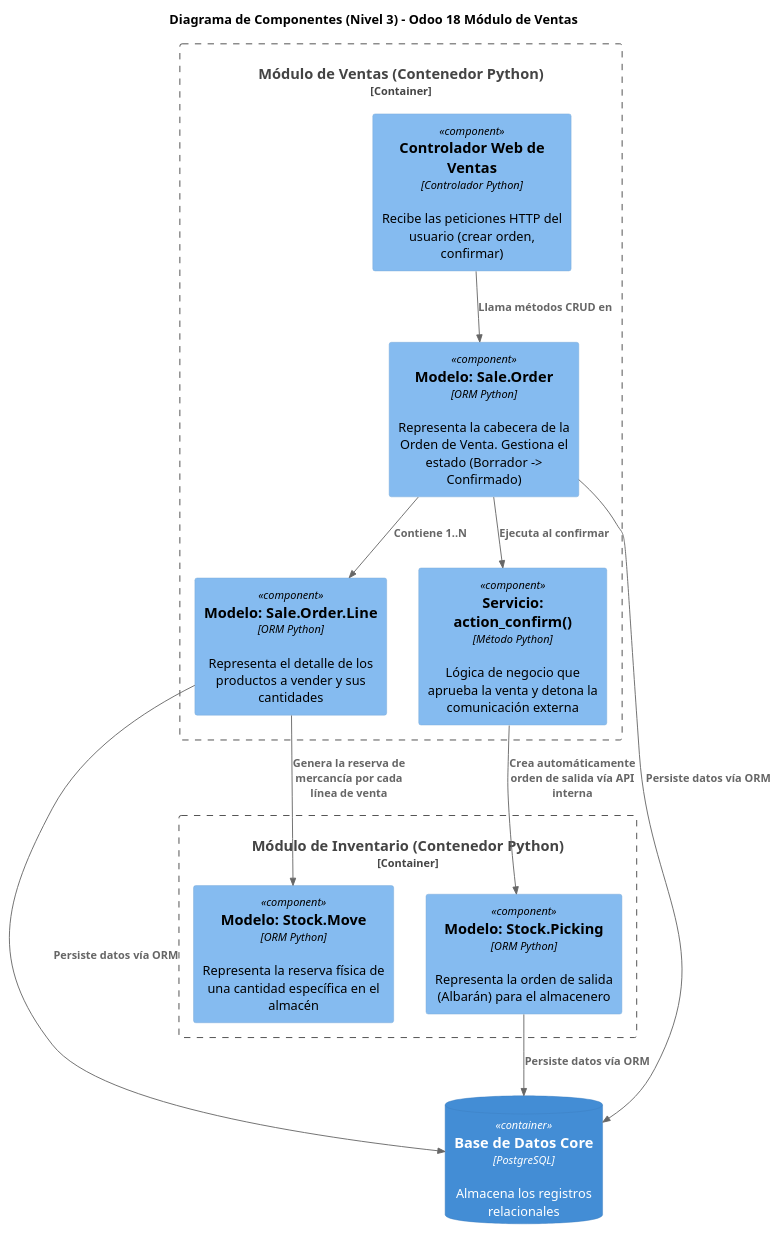
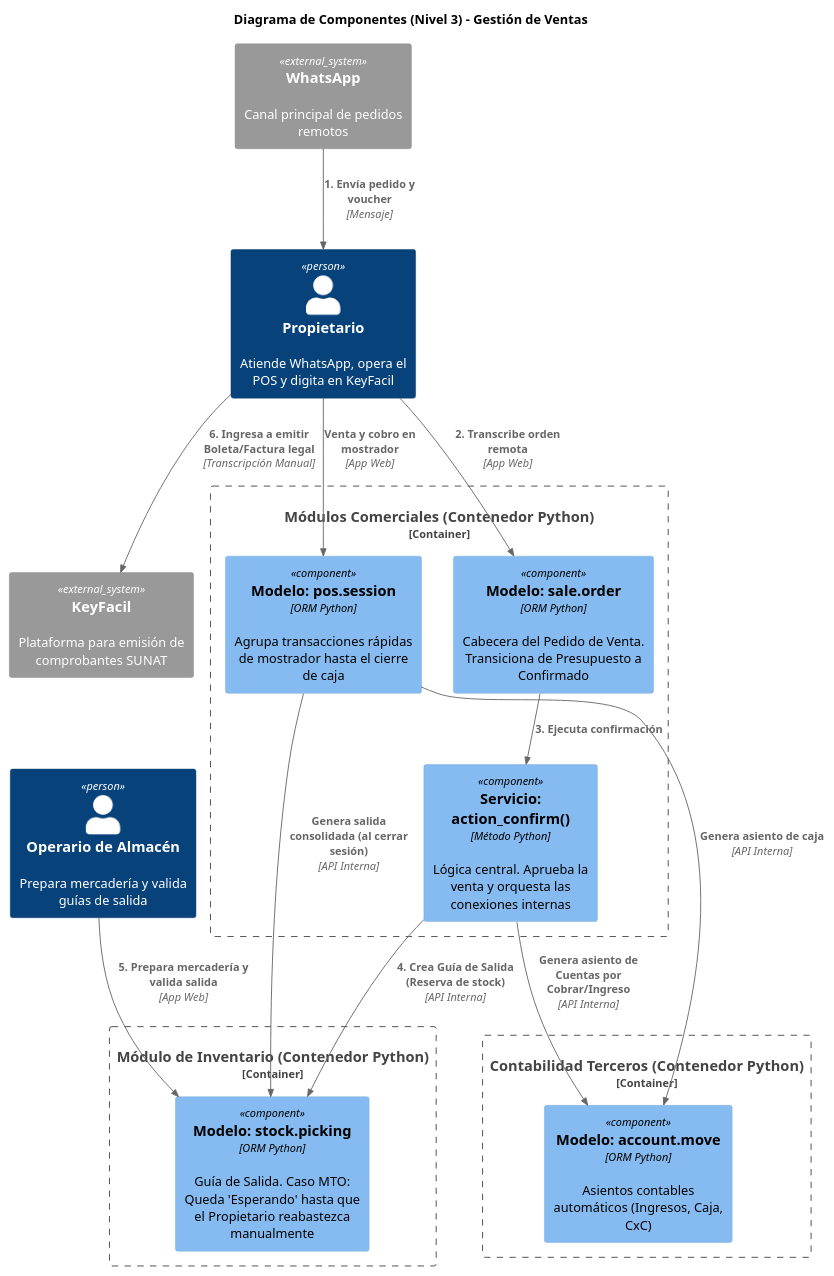
The diagram in arquitectura/diagramas/archivos-puml/modulos/ventas.puml (dieg0-29/migal-erp), drawn with PlantUML before and after one commit. The commit also changed 1 other file, not shown here.

Commit message:
docs(sales module): align sales diagram to process flow

```diff
--- a/arquitectura/diagramas/archivos-puml/modulos/ventas.puml
+++ b/arquitectura/diagramas/archivos-puml/modulos/ventas.puml
@@ -1,37 +1,48 @@
 @startuml
 !include https://raw.githubusercontent.com/plantuml-stdlib/C4-PlantUML/master/C4_Component.puml
 
-title Diagrama de Componentes (Nivel 3) - Odoo 18 Módulo de Ventas
+title Diagrama de Componentes (Nivel 3) - Gestión de Ventas
 
-Container_Boundary(sales_app, "Módulo de Ventas (Contenedor Python)") {
-    
-    Component(sale_controller, "Controlador Web de Ventas", "Controlador Python", "Recibe las peticiones HTTP del usuario (crear orden, confirmar)")
-    
-    Component(sale_order, "Modelo: Sale.Order", "ORM Python", "Representa la cabecera de la Orden de Venta. Gestiona el estado (Borrador -> Confirmado)")
-    
-    Component(sale_order_line, "Modelo: Sale.Order.Line", "ORM Python", "Representa el detalle de los productos a vender y sus cantidades")
-    
-    Component(action_confirm, "Servicio: action_confirm()", "Método Python", "Lógica de negocio que aprueba la venta y detona la comunicación externa")
-    
-    Rel(sale_controller, sale_order, "Llama métodos CRUD en")
-    Rel(sale_order, sale_order_line, "Contiene 1..N")
-    Rel(sale_order, action_confirm, "Ejecuta al confirmar")
+' Actores ajustados a la realidad de MIGAL
+Person(prop, "Propietario", "Atiende WhatsApp, opera el POS y digita en KeyFacil")
+Person(alm, "Operario de Almacén", "Prepara mercadería y valida guías de salida")
+
+' Sistemas Externos (Fuera del ecosistema Odoo)
+System_Ext(whatsapp, "WhatsApp", "Canal principal de pedidos remotos")
+System_Ext(keyfacil, "KeyFacil", "Plataforma para emisión de comprobantes SUNAT")
+
+' Contenedores Comerciales
+Container_Boundary(sales_app, "Módulos Comerciales (Contenedor Python)") {
+    Component(sale_order, "Modelo: sale.order", "ORM Python", "Cabecera del Pedido de Venta. Transiciona de Presupuesto a Confirmado")
+    Component(action_confirm, "Servicio: action_confirm()", "Método Python", "Lógica central. Aprueba la venta y orquesta las conexiones internas")
+    Component(pos_session, "Modelo: pos.session", "ORM Python", "Agrupa transacciones rápidas de mostrador hasta el cierre de caja")
 }
 
+' Contenedor de Inventario
 Container_Boundary(inv_app, "Módulo de Inventario (Contenedor Python)") {
-    Component(stock_picking, "Modelo: Stock.Picking", "ORM Python", "Representa la orden de salida (Albarán) para el almacenero")
-    Component(stock_move, "Modelo: Stock.Move", "ORM Python", "Representa la reserva física de una cantidad específica en el almacén")
+    Component(stock_picking, "Modelo: stock.picking", "ORM Python", "Guía de Salida. Caso MTO: Queda 'Esperando' hasta que el Propietario reabastezca manualmente")
 }
 
-ContainerDb(db, "Base de Datos Core", "PostgreSQL", "Almacena los registros relacionales")
+' Contenedor de Contabilidad
+Container_Boundary(acc_app, "Contabilidad Terceros (Contenedor Python)") {
+    Component(account_move, "Modelo: account.move", "ORM Python", "Asientos contables automáticos (Ingresos, Caja, CxC)")
+}
 
-' Relaciones Inter-componentes (El corazón del ERP)
-Rel(action_confirm, stock_picking, "Crea automáticamente orden de salida vía API interna")
-Rel(sale_order_line, stock_move, "Genera la reserva de mercancía por cada línea de venta")
+' Flujo de Pedidos (WhatsApp)
+Rel(whatsapp, prop, "1. Envía pedido y voucher", "Mensaje")
+Rel(prop, sale_order, "2. Transcribe orden remota", "App Web")
+Rel(sale_order, action_confirm, "3. Ejecuta confirmación")
 
-' Relaciones a Base de Datos
-Rel(sale_order, db, "Persiste datos vía ORM")
-Rel(sale_order_line, db, "Persiste datos vía ORM")
-Rel(stock_picking, db, "Persiste datos vía ORM")
+' Flujo de Punto de Venta (Físico)
+Rel(prop, pos_session, "Venta y cobro en mostrador", "App Web")
+Rel(pos_session, stock_picking, "Genera salida consolidada (al cerrar sesión)", "API Interna")
+Rel(pos_session, account_move, "Genera asiento de caja", "API Interna")
 
+' Orquestación Interna y Despacho
+Rel(action_confirm, stock_picking, "4. Crea Guía de Salida (Reserva de stock)", "API Interna")
+Rel(action_confirm, account_move, "Genera asiento de Cuentas por Cobrar/Ingreso", "API Interna")
+Rel(alm, stock_picking, "5. Prepara mercadería y valida salida", "App Web")
+
+' Desconexión Fiscal (La solución manual)
+Rel(prop, keyfacil, "6. Ingresa a emitir Boleta/Factura legal", "Transcripción Manual")
 @enduml
```
